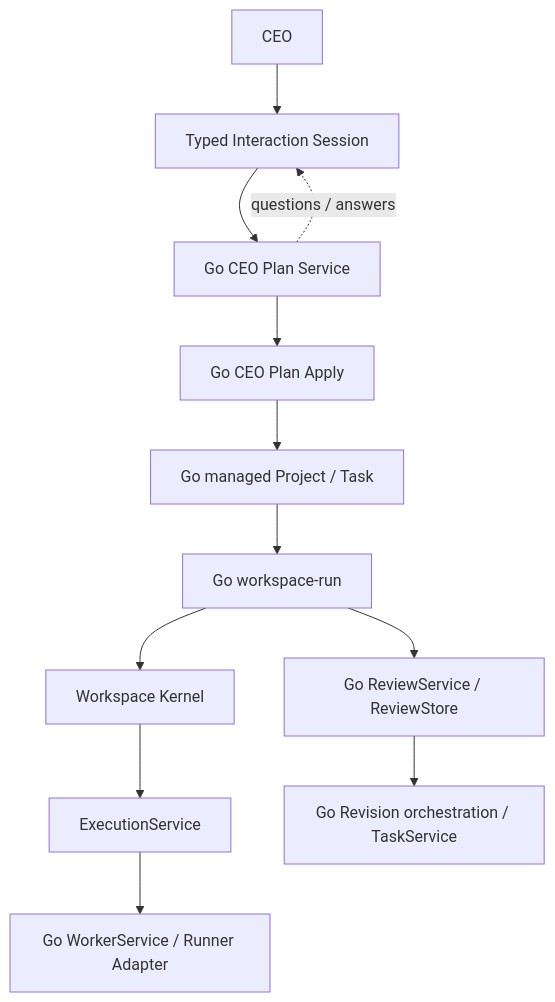
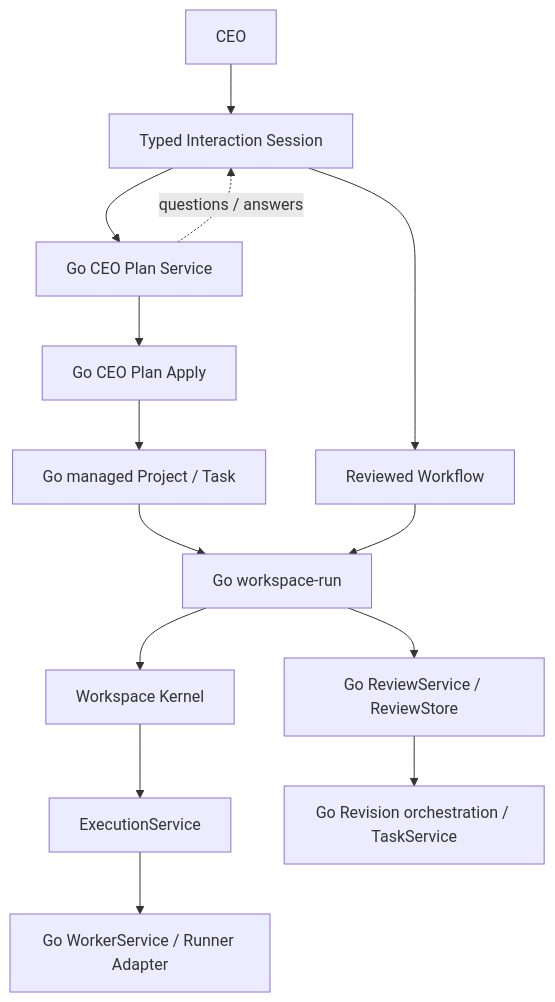
Before and after one commit to AkiraShimizu0/WorkCairn: the diagram in README.md, drawn with Mermaid. The commit also changed other lines of this file and 25 other files, not shown here.

Commit message:
feat: connect interaction sessions to reviewed workflows

````diff
--- a/README.md
+++ b/README.md
@@ -27,14 +27,16 @@
 ```mermaid
 flowchart TD
     CEO["CEO"] --> Interaction["Typed Interaction Session"]
     Interaction --> CEOPlan["Go CEO Plan Service"]
     CEOPlan -. questions / answers .-> Interaction
     CEOPlan --> CEOApply["Go CEO Plan Apply"]
     CEOApply --> Workflow["Go managed Project / Task"]
     Workflow --> Run["Go workspace-run"]
+    Interaction --> ReviewedWorkflow["Reviewed Workflow"]
+    ReviewedWorkflow --> Run
     Run --> Kernel["Workspace Kernel"]
     Kernel --> Execution["ExecutionService"]
     Execution --> Worker["Go WorkerService / Runner Adapter"]
     Run --> Review["Go ReviewService / ReviewStore"]
     Review --> Revision["Go Revision orchestration / TaskService"]
 ```
````
